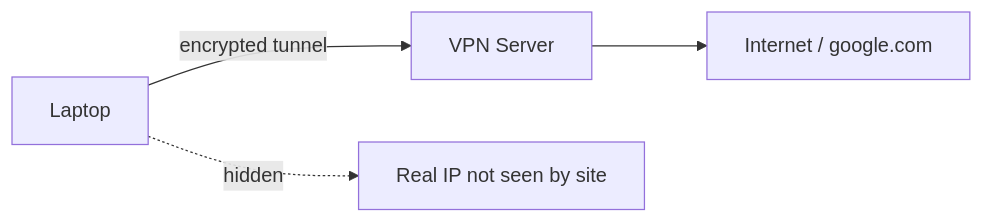
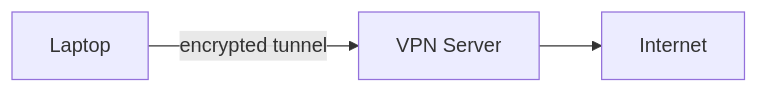
One commit to hareramcse/SystemDesign changed diagram 13 of 17 in 01-networking/README.md. Above: the diagram before and after it, drawn with Mermaid. The commit also changed other lines of this file, not shown here.

````diff
--- a/01-networking/README.md
+++ b/01-networking/README.md
@@ -4538,6 +4422,4 @@
 ```mermaid
 flowchart LR
-    L[Laptop] -->|encrypted tunnel| V[VPN Server]
-    V --> I[Internet / google.com]
-    L -.->|hidden| R[Real IP not seen by site]
+    L[Laptop] -->|encrypted tunnel| V[VPN Server] --> I[Internet]
 ```
````
